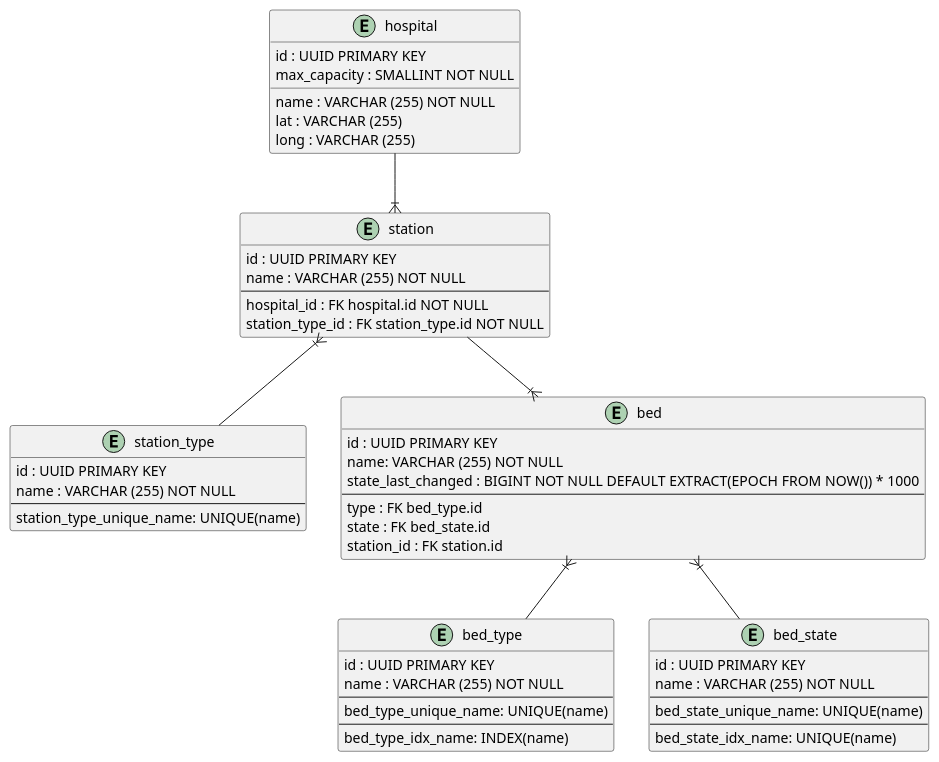
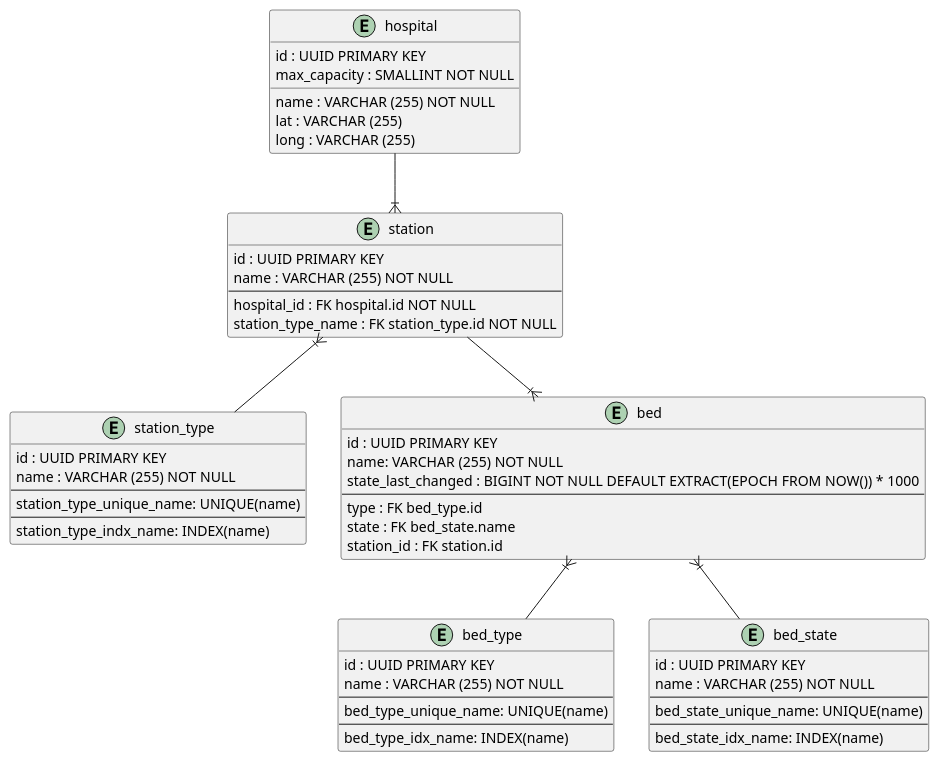
One commit to track-your-bed/track-your-bed-doc changed the diagram in datamodel/bedidentity/datamodel.puml. Above: the diagram before and after it, drawn with PlantUML. The commit also changed 6 other files, not shown here.

```diff
--- a/datamodel/bedidentity/datamodel.puml
+++ b/datamodel/bedidentity/datamodel.puml
@@ -1,58 +1,60 @@
 @startuml
 entity hospital {
     id : UUID PRIMARY KEY
     name : VARCHAR (255) NOT NULL
     max_capacity : SMALLINT NOT NULL
     lat : VARCHAR (255)
     long : VARCHAR (255)
 }
 
 entity station {
     id : UUID PRIMARY KEY
     name : VARCHAR (255) NOT NULL
     --
     hospital_id : FK hospital.id NOT NULL
-    station_type_id : FK station_type.id NOT NULL
+    station_type_name : FK station_type.id NOT NULL
 }
 
 entity station_type {
     id : UUID PRIMARY KEY
     name : VARCHAR (255) NOT NULL
     --
     station_type_unique_name: UNIQUE(name)
+    --
+    station_type_indx_name: INDEX(name)
 }
 
 entity bed {
     id : UUID PRIMARY KEY
     name: VARCHAR (255) NOT NULL
     state_last_changed : BIGINT NOT NULL DEFAULT EXTRACT(EPOCH FROM NOW()) * 1000
     --
     type : FK bed_type.id
-    state : FK bed_state.id
+    state : FK bed_state.name
     station_id : FK station.id
 }
 
 entity bed_type {
     id : UUID PRIMARY KEY
     name : VARCHAR (255) NOT NULL
     --
     bed_type_unique_name: UNIQUE(name)
     --
     bed_type_idx_name: INDEX(name)
 }
 
 entity bed_state {
     id : UUID PRIMARY KEY
     name : VARCHAR (255) NOT NULL
     --
     bed_state_unique_name: UNIQUE(name)
     --
-    bed_state_idx_name: UNIQUE(name)
+    bed_state_idx_name: INDEX(name)
 }
 
 hospital --|{ station
 station }|-- station_type
 station --|{ bed
 bed }|-- bed_type
 bed }|-- bed_state
 @enduml
```
